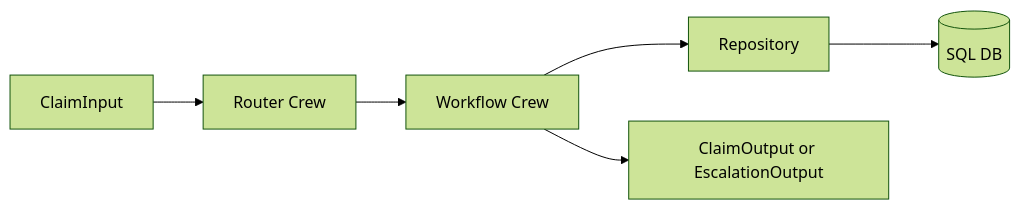
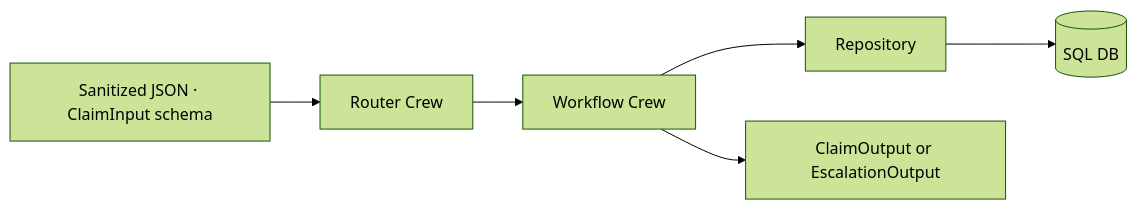
One commit to csmangum/auto-agent changed the fourth of 6 diagrams in docs/architecture.md. Above: the diagram before and after it, drawn with Mermaid (forest theme).

Commit message:
docs: label Data Flow diagram with sanitized ClaimInput JSON

````diff
--- a/docs/architecture.md
+++ b/docs/architecture.md
@@ -115,8 +115,8 @@
 ```mermaid
 flowchart LR
-    ClaimInput[ClaimInput] --> Router[Router Crew]
+    ClaimIn[Sanitized JSON · ClaimInput schema] --> Router[Router Crew]
     Router --> Crew[Workflow Crew]
     Crew --> Repo[Repository]
     Repo --> DB[(SQL DB)]
     Crew --> Out["ClaimOutput or EscalationOutput"]
 ```
````
